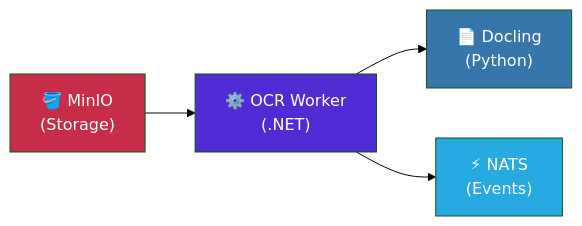
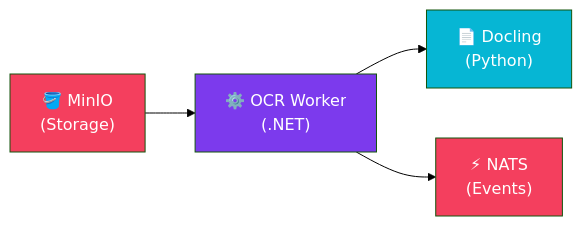
The diagram in src/content/blog/docling-ocr-dotnet-integration.mdx (viktorrobin/bluerobin-blog), drawn with Mermaid (forest theme) before and after one commit. The commit also changed other lines of this file and 127 other files, not shown here.

````diff
--- a/src/content/blog/docling-ocr-dotnet-integration.mdx
+++ b/src/content/blog/docling-ocr-dotnet-integration.mdx
@@ -48,11 +50,15 @@
 ```mermaid
 flowchart LR
     MinIO["🪣 MinIO\n(Storage)"] --> Worker["⚙️ OCR Worker\n(.NET)"]
     Worker --> Docling["📄 Docling\n(Python)"]
     Worker --> NATS["⚡ NATS\n(Events)"]
 
-    style MinIO fill:#c72c48,color:#fff
-    style Worker fill:#512bd4,color:#fff
-    style Docling fill:#3776ab,color:#fff
-    style NATS fill:#27aae1,color:#fff
+    classDef primary fill:#7c3aed,color:#fff
+    classDef secondary fill:#06b6d4,color:#fff
+    classDef db fill:#f43f5e,color:#fff
+    classDef warning fill:#fbbf24,color:#000
+
+    class Worker primary
+    class Docling secondary
+    class MinIO,NATS db
 ```
````
